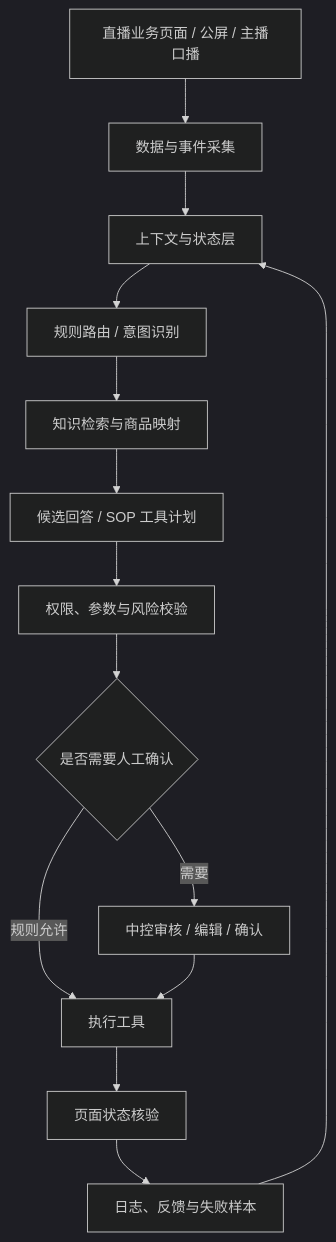
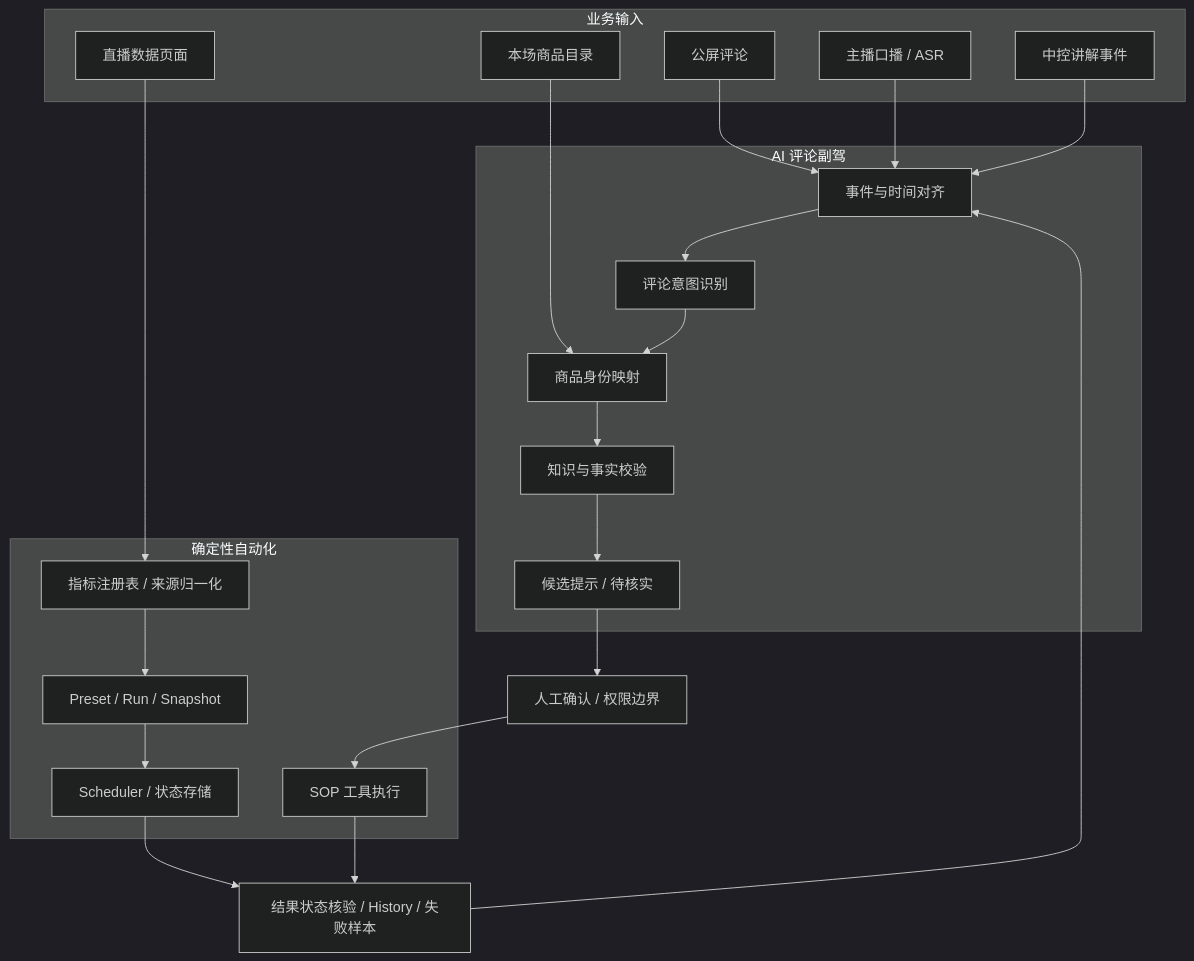
One commit to hjs980824/xiaoman-agent-portfolio changed the diagram in docs/architecture.md. Above: the diagram before and after it, drawn with Mermaid (dark theme). The commit also changed other lines of this file, not shown here.

Commit message:
docs: clarify Xiaoman architecture and validation stages

````diff
--- a/docs/architecture.md
+++ b/docs/architecture.md
@@ -7,16 +7,33 @@
 ```mermaid
 flowchart TB
-    A[直播业务页面 / 公屏 / 主播口播] --> B[数据与事件采集]
-    B --> C[上下文与状态层]
-    C --> D[规则路由 / 意图识别]
-    D --> E[知识检索与商品映射]
-    E --> F[候选回答 / SOP 工具计划]
-    F --> G[权限、参数与风险校验]
-    G --> H{是否需要人工确认}
-    H -->|需要| I[中控审核 / 编辑 / 确认]
-    H -->|规则允许| J[执行工具]
-    I --> J
-    J --> K[页面状态核验]
-    K --> L[日志、反馈与失败样本]
-    L --> C
+  subgraph INPUT[业务输入]
+    A[公屏评论]
+    B[主播口播 / ASR]
+    C[中控讲解事件]
+    D[本场商品目录]
+    E[直播数据页面]
+  end
+  subgraph COPILOT[AI 评论副驾]
+    F[事件与时间对齐]
+    G[评论意图识别]
+    H[商品身份映射]
+    I[知识与事实校验]
+    J[候选提示 / 待核实]
+  end
+  subgraph AUTOMATION[确定性自动化]
+    K[指标注册表 / 来源归一化]
+    L[Preset / Run / Snapshot]
+    M[Scheduler / 状态存储]
+    N[SOP 工具执行]
+  end
+  O[人工确认 / 权限边界]
+  P[结果状态核验 / History / 失败样本]
+  A --> F
+  B --> F
+  C --> F
+  D --> H
+  F --> G --> H --> I --> J --> O
+  E --> K --> L --> M --> P
+  O --> N --> P
+  P --> F
 ```
````
